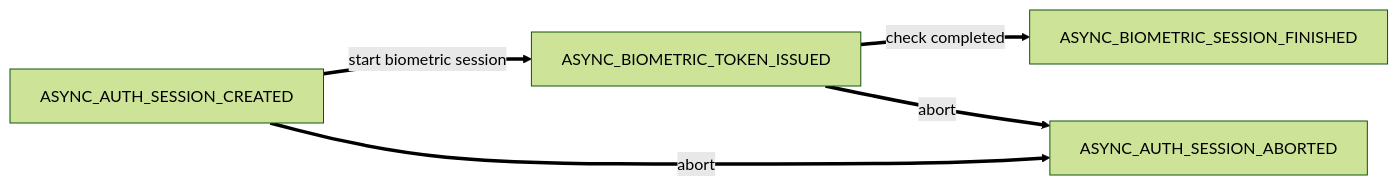
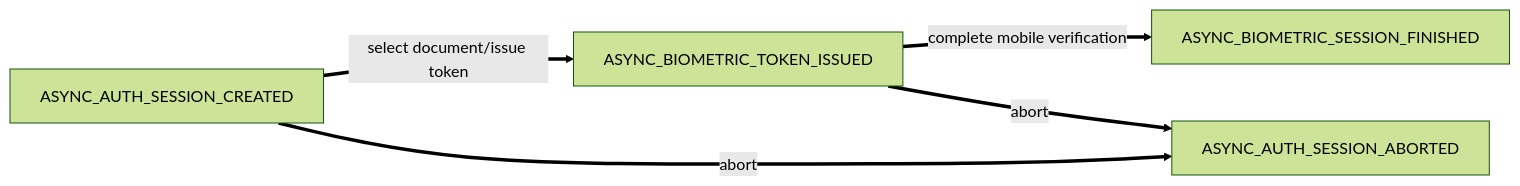
One commit to govuk-one-login/mobile-id-check-async changed the diagram in backend-api/docs/sessionStateMachine.md. Above: the diagram before and after it, drawn with Mermaid (forest theme). The commit also changed 3 other files, not shown here.

````diff
--- a/backend-api/docs/sessionStateMachine.md
+++ b/backend-api/docs/sessionStateMachine.md
@@ -5,8 +5,8 @@
 ```mermaid
 flowchart LR
-    ASYNC_AUTH_SESSION_CREATED == start biometric session ==> ASYNC_BIOMETRIC_TOKEN_ISSUED
+    ASYNC_AUTH_SESSION_CREATED == select document/issue token ==> ASYNC_BIOMETRIC_TOKEN_ISSUED
     ASYNC_AUTH_SESSION_CREATED == abort ==> ASYNC_AUTH_SESSION_ABORTED
     
-    ASYNC_BIOMETRIC_TOKEN_ISSUED == check completed ==> ASYNC_BIOMETRIC_SESSION_FINISHED 
+    ASYNC_BIOMETRIC_TOKEN_ISSUED == complete mobile verification ==> ASYNC_BIOMETRIC_SESSION_FINISHED 
     ASYNC_BIOMETRIC_TOKEN_ISSUED == abort ==> ASYNC_AUTH_SESSION_ABORTED
 ```
````
